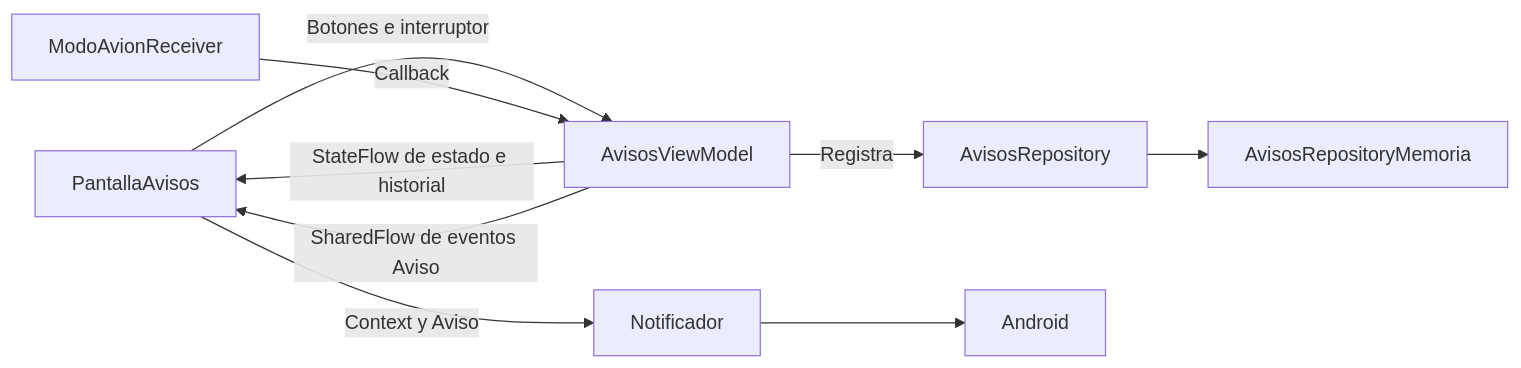
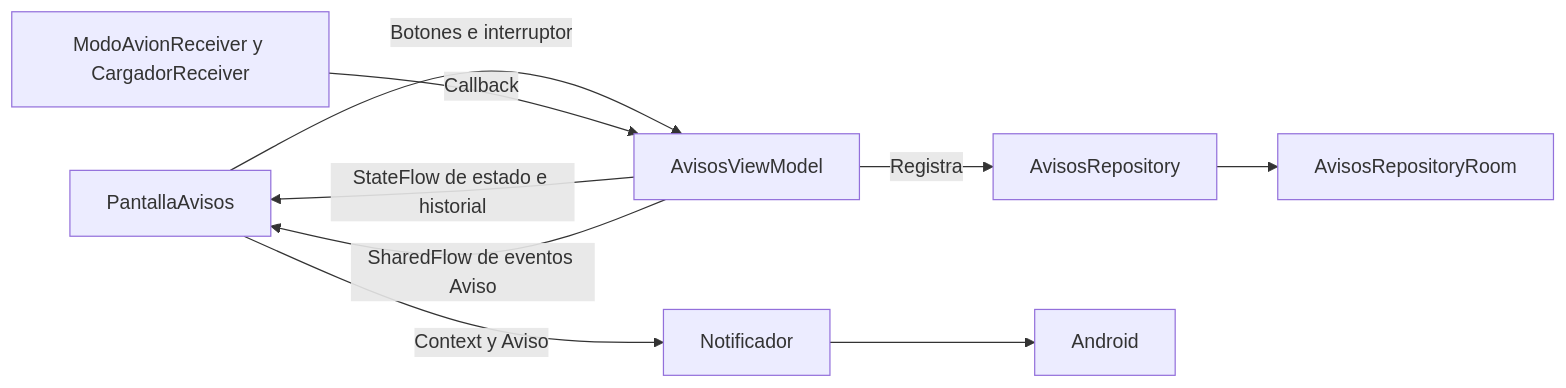
The diagram in Semana_15/Con_IA/avisoscampus/README.md (Fernando-Correa-27/Programacion_Moviles), drawn with Mermaid before and after one commit. The commit also changed other lines of this file and 10 other files, not shown here.

````diff
--- a/Semana_15/Con_IA/avisoscampus/README.md
+++ b/Semana_15/Con_IA/avisoscampus/README.md
@@ -36,11 +39,11 @@
 ```mermaid
 flowchart LR
     Vista["PantallaAvisos"] -->|Botones e interruptor| VM["AvisosViewModel"]
-    Receiver["ModoAvionReceiver"] -->|Callback| VM
+    Receiver["ModoAvionReceiver y CargadorReceiver"] -->|Callback| VM
     VM -->|Registra| Repo["AvisosRepository"]
-    Repo --> Memoria["AvisosRepositoryMemoria"]
+    Repo --> Persistencia["AvisosRepositoryRoom"]
     VM -->|StateFlow de estado e historial| Vista
     VM -->|SharedFlow de eventos Aviso| Vista
     Vista -->|Context y Aviso| Notificador
     Notificador --> Android
 ```
````
